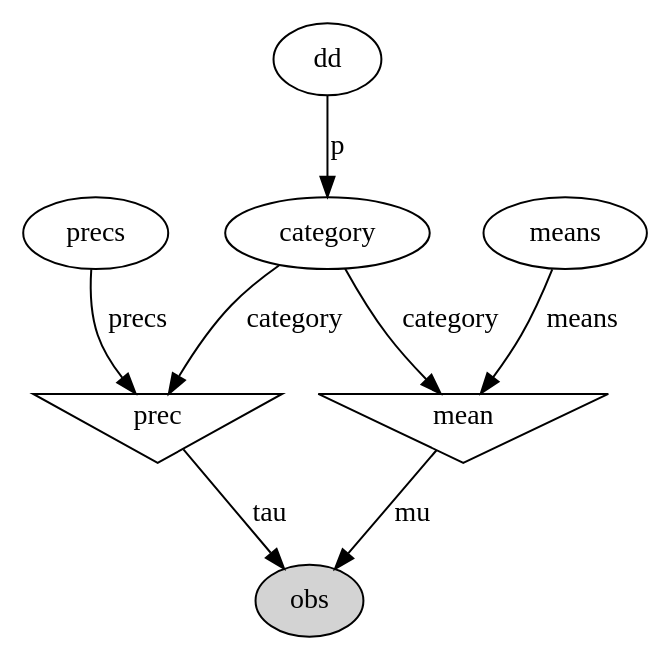
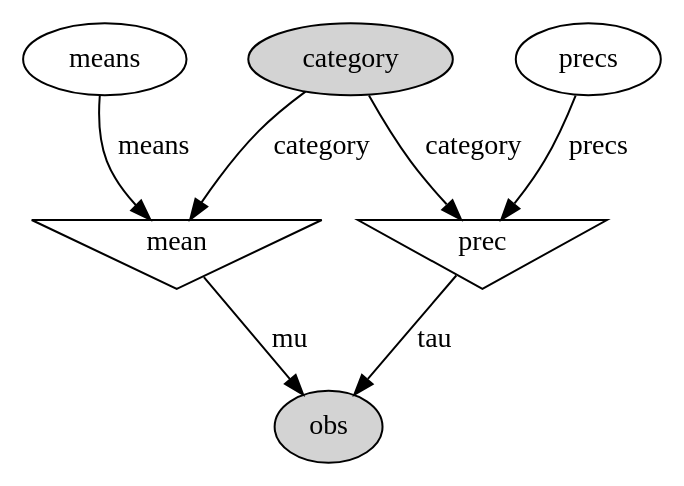
One commit to johnhw/summerschool2017 changed the diagram in static/container.dot. Above: the diagram before and after it, drawn with Graphviz. The commit also changed 7 other files, not shown here.

```diff
--- a/static/container.dot
+++ b/static/container.dot
@@ -1,16 +1,14 @@
 digraph G {
-precs;
-dd;
-means;
 obs [style=filled];
 mean [shape=invtriangle];
 mean -> obs  [label=mu];
-category;
+category [style=filled];
 category -> mean  [label=category];
-dd -> category  [label=p];
+means;
 means -> mean  [label=means];
 prec [shape=invtriangle];
 prec -> obs  [label=tau];
 category -> prec  [label=category];
+precs;
 precs -> prec  [label=precs];
 }
```
